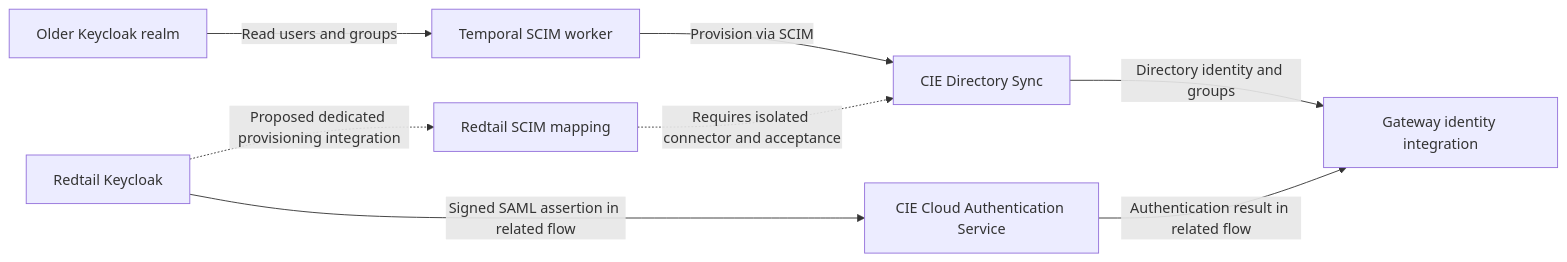
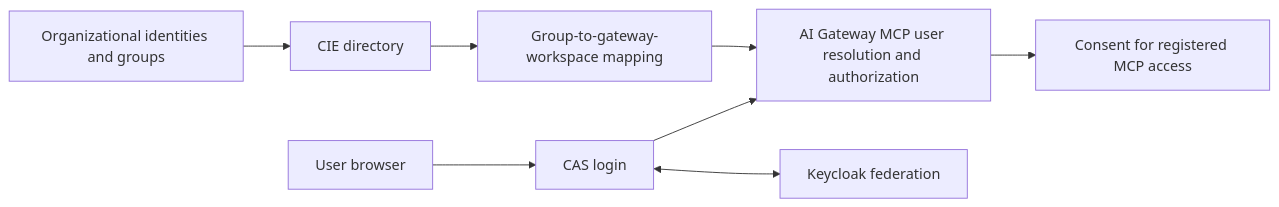
One commit to cdot65/prisma-airs-reference-architecture changed the second of 2 diagrams in docs/architecture.md. Above: the diagram before and after it, drawn with Mermaid. The commit also changed other lines of this file and 17 other files, not shown here.

Commit message:
Withdraw direct MCP architecture and restore required gateway mediation

````diff
--- a/docs/architecture.md
+++ b/docs/architecture.md
@@ -73,12 +68,12 @@
 ```mermaid
 flowchart LR
-    accTitle: CIE integration evidence boundaries
-    accDescr: An older realm provisions CIE through a Temporal SCIM worker. A related Redtail SAML flow uses CAS. A Redtail provisioning extension is proposed and has not been accepted.
-    legacyRealm["Older Keycloak realm"] -->|"Read users and groups"| sync["Temporal SCIM worker"]
-    sync -->|"Provision via SCIM"| directory["CIE Directory Sync"]
-    redtail["Redtail Keycloak"] -->|"Signed SAML assertion in related flow"| cas["CIE Cloud Authentication Service"]
-    directory -->|"Directory identity and groups"| gatewayIdentity["Gateway identity integration"]
-    cas -->|"Authentication result in related flow"| gatewayIdentity
-    redtail -.->|"Proposed dedicated provisioning integration"| syncExtension["Redtail SCIM mapping"]
-    syncExtension -.->|"Requires isolated connector and acceptance"| directory
+    accTitle: CIE provisioning and CAS gateway login prerequisites
+    accDescr: Directory identities and groups are provisioned into gateway workspaces through CIE. CAS federates user authentication to Keycloak. Both feed the gateway's user resolution and MCP access decision.
+    identity["Organizational identities and groups"] --> directory["CIE directory"]
+    directory --> mapping["Group-to-gateway-workspace mapping"]
+    mapping --> gateway["AI Gateway MCP user resolution and authorization"]
+    user["User browser"] --> cas["CAS login"]
+    cas <--> keycloak["Keycloak federation"]
+    cas --> gateway
+    gateway --> consent["Consent for registered MCP access"]
 ```
````
